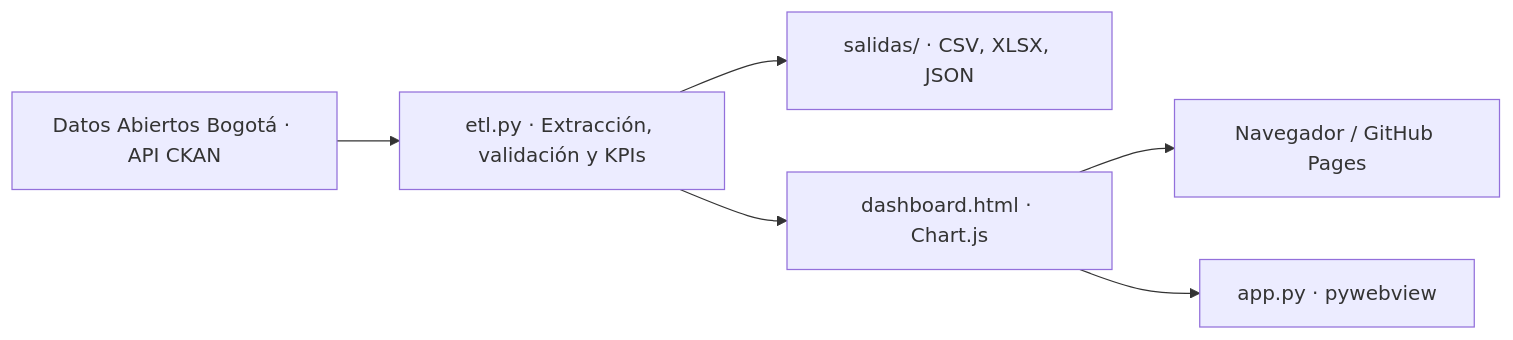
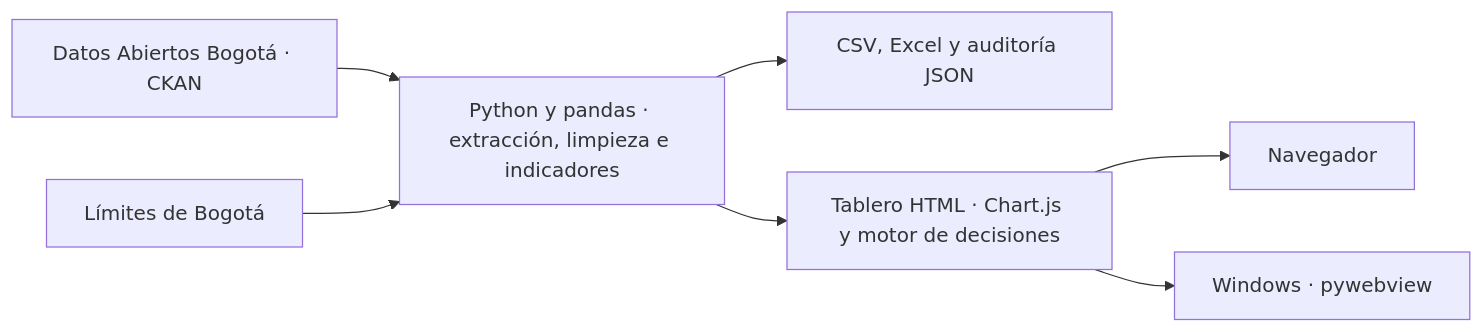
Before and after one commit to Codeforgeettttt/VacunaBI: the diagram in README.md, drawn with Mermaid. The commit also changed other lines of this file, not shown here.

````diff
--- a/README.md
+++ b/README.md
@@ -49,8 +75,9 @@
 ```mermaid
 flowchart LR
-    API["Datos Abiertos Bogotá · API CKAN"] --> ETL["etl.py · Extracción, validación y KPIs"]
-    ETL --> DATA["salidas/ · CSV, XLSX, JSON"]
-    ETL --> WEB["dashboard.html · Chart.js"]
-    WEB --> BROWSER["Navegador / GitHub Pages"]
-    WEB --> DESKTOP["app.py · pywebview"]
+    API["Datos Abiertos Bogotá · CKAN"] --> ETL["Python y pandas · extracción, limpieza e indicadores"]
+    MAP["Límites de Bogotá"] --> ETL
+    ETL --> DATA["CSV, Excel y auditoría JSON"]
+    ETL --> HTML["Tablero HTML · Chart.js y motor de decisiones"]
+    HTML --> WEB["Navegador"]
+    HTML --> WIN["Windows · pywebview"]
 ```
````
